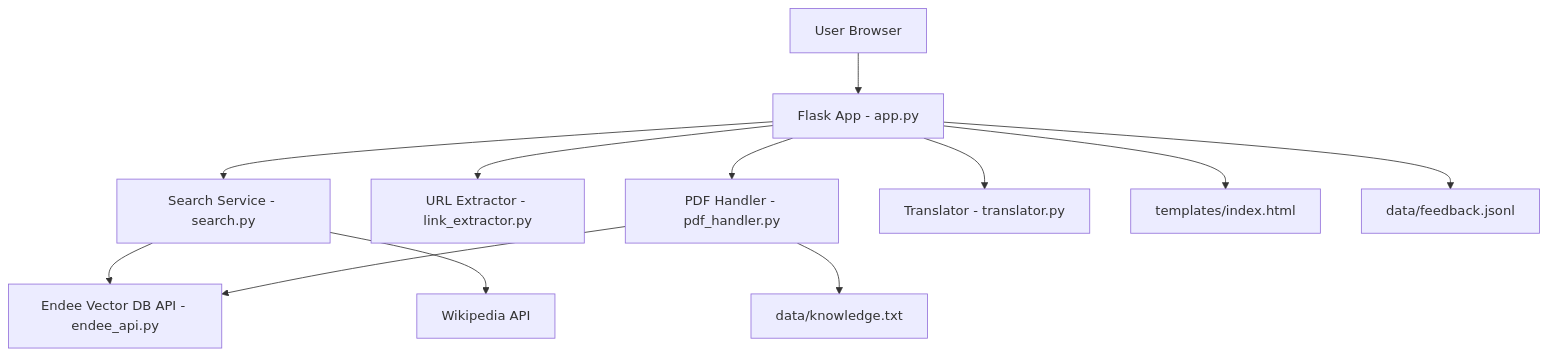
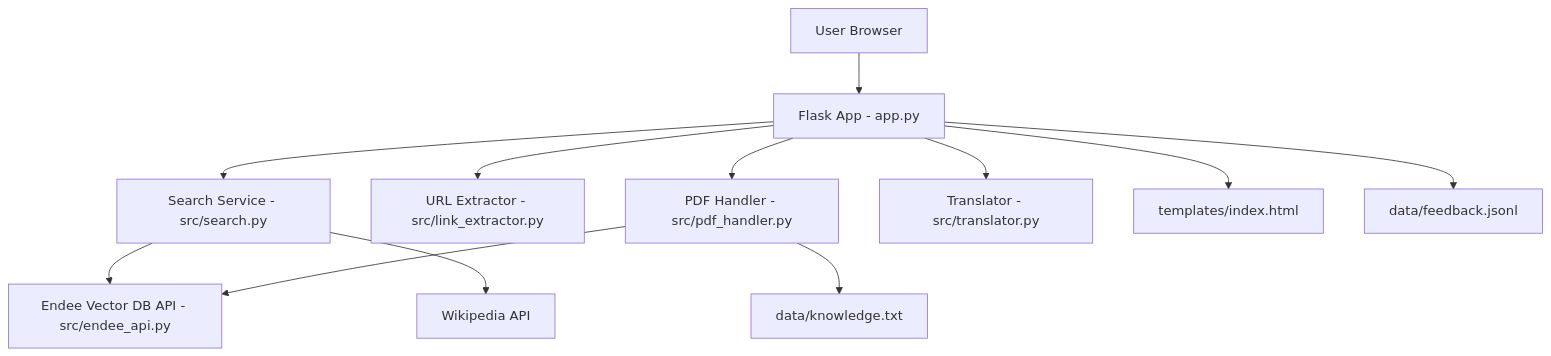
Before and after one commit to Yashgoswami-ds/endee: the diagram in README.md, drawn with Mermaid. The commit also changed other lines of this file and 16 other files, not shown here.

````diff
--- a/README.md
+++ b/README.md
@@ -90,18 +105,18 @@
 ```mermaid
 flowchart TD
   U[User Browser] --> F[Flask App - app.py]
 
-  F --> S[Search Service - search.py]
-  F --> L[URL Extractor - link_extractor.py]
-  F --> P[PDF Handler - pdf_handler.py]
-  F --> T[Translator - translator.py]
+  F --> S[Search Service - src/search.py]
+  F --> L[URL Extractor - src/link_extractor.py]
+  F --> P[PDF Handler - src/pdf_handler.py]
+  F --> T[Translator - src/translator.py]
 
-  S --> E[Endee Vector DB API - endee_api.py]
+  S --> E[Endee Vector DB API - src/endee_api.py]
   S --> W[Wikipedia API]
 
   P --> K[data/knowledge.txt]
   P --> E
 
   F --> H[templates/index.html]
   F --> FB[data/feedback.jsonl]
 ```
````
